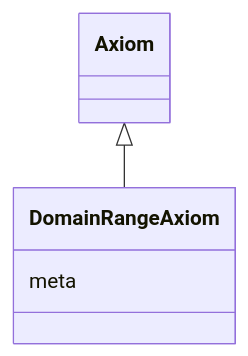
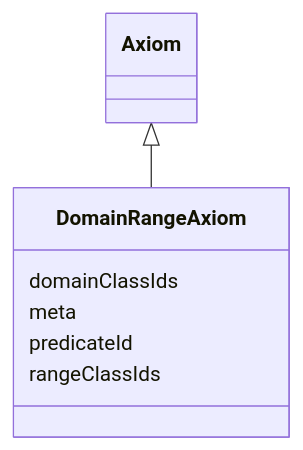
Before and after one commit to INCATools/ontology-access-kit: the diagram in docs/datamodels/obograph/DomainRangeAxiom.md, drawn with Mermaid. The commit also changed other lines of this file and 45 other files, not shown here.

First line of the commit message:
Added allValuesFromEdges to OBO Graph data model.

````diff
--- a/docs/datamodels/obograph/DomainRangeAxiom.md
+++ b/docs/datamodels/obograph/DomainRangeAxiom.md
@@ -11,8 +8,11 @@
 ```{mermaid}
  classDiagram
+    class DomainRangeAxiom
       Axiom <|-- DomainRangeAxiom
       
+      DomainRangeAxiom : domainClassIds
       DomainRangeAxiom : meta
+      DomainRangeAxiom : predicateId
+      DomainRangeAxiom : rangeClassIds
       
-
 ```
````
